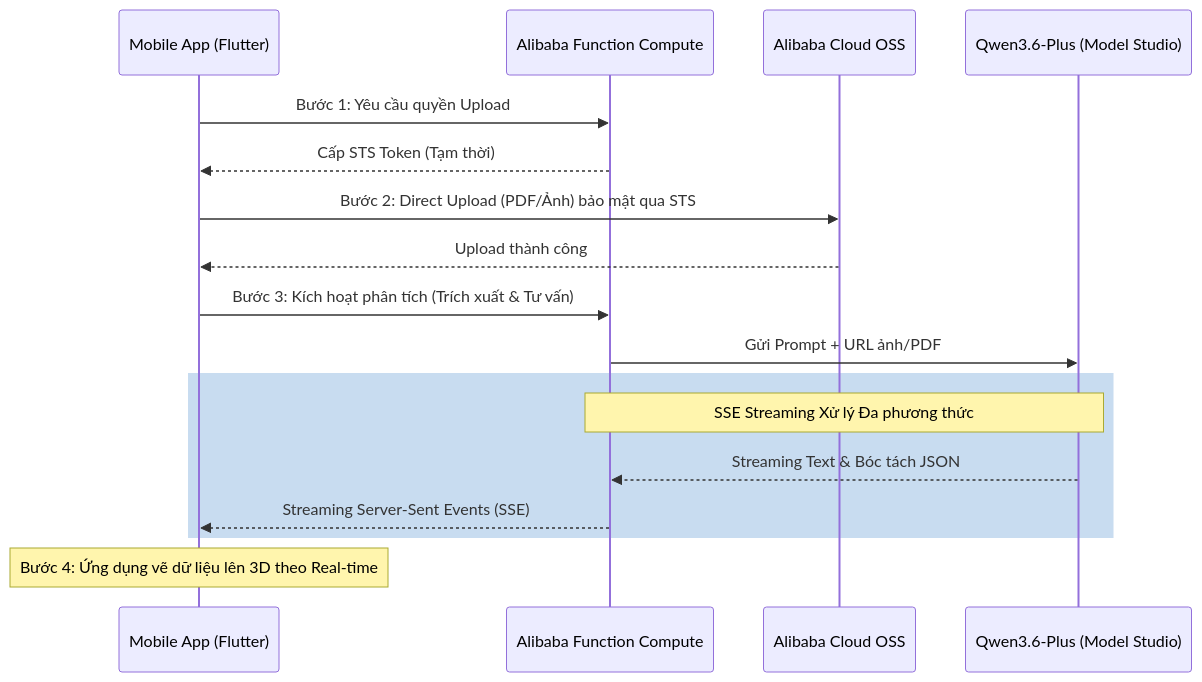
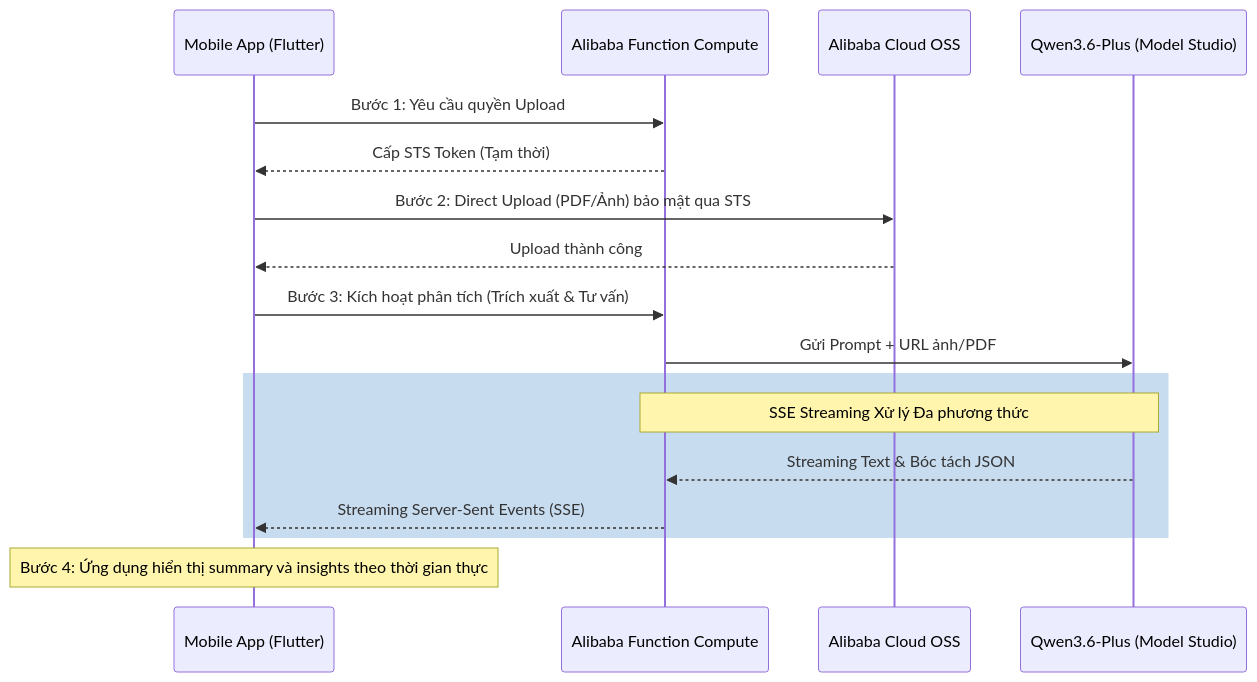
Before and after one commit to ThuongHong/clinic-lens: the diagram in README.md, drawn with Mermaid. The commit also changed other lines of this file and 13 other files, not shown here.

````diff
--- a/README.md
+++ b/README.md
@@ -11,22 +11,22 @@
 ```mermaid
 sequenceDiagram
     participant User as Mobile App (Flutter)
     participant FC as Alibaba Function Compute
     participant OSS as Alibaba Cloud OSS
     participant Qwen as Qwen3.6-Plus (Model Studio)
 
     User->>FC: Bước 1: Yêu cầu quyền Upload
     FC-->>User: Cấp STS Token (Tạm thời)
     User->>OSS: Bước 2: Direct Upload (PDF/Ảnh) bảo mật qua STS
     OSS-->>User: Upload thành công
     User->>FC: Bước 3: Kích hoạt phân tích (Trích xuất & Tư vấn)
     FC->>Qwen: Gửi Prompt + URL ảnh/PDF
     
     rect rgb(200, 220, 240)
     Note over FC,Qwen: SSE Streaming Xử lý Đa phương thức
     Qwen-->>FC: Streaming Text & Bóc tách JSON
     FC-->>User: Streaming Server-Sent Events (SSE)
     end
     
-    Note over User: Bước 4: Ứng dụng vẽ dữ liệu lên 3D theo Real-time
+    Note over User: Bước 4: Ứng dụng hiển thị summary và insights theo thời gian thực
 ```
````
